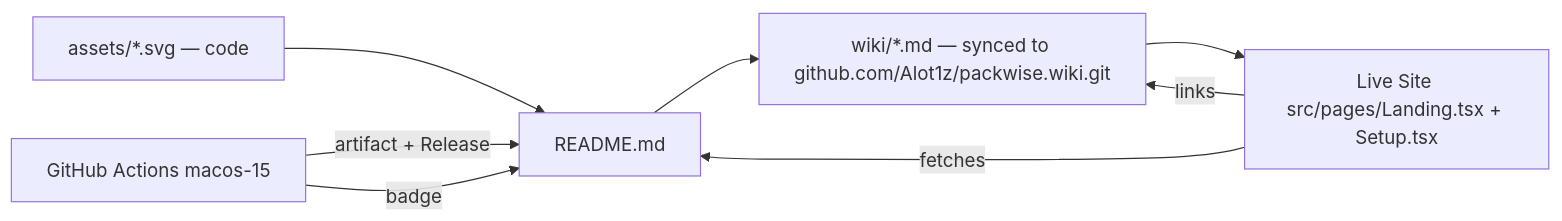
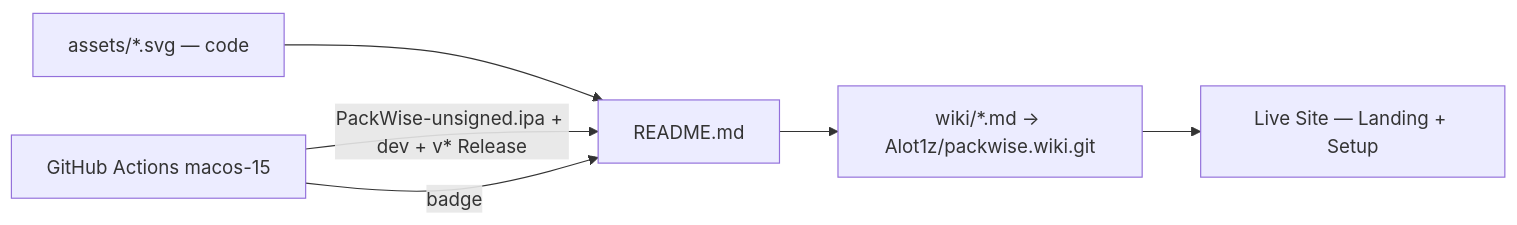
One commit to Alot1z/packwise changed the first of 2 diagrams in README.md. Above: the diagram before and after it, drawn with Mermaid. The commit also changed other lines of this file and 16 other files, not shown here.

````diff
--- a/README.md
+++ b/README.md
@@ -35,10 +54,8 @@
 ```mermaid
 flowchart LR
     A[assets/*.svg — code] --> R[README.md]
-    R --> W[wiki/*.md — synced to github.com/Alot1z/packwise.wiki.git]
-    W --> S[Live Site src/pages/Landing.tsx + Setup.tsx]
-    S -->|fetches| R
-    S -->|links| W
-    G[GitHub Actions macos-15] -->|artifact + Release| R
+    R --> W[wiki/*.md → Alot1z/packwise.wiki.git]
+    W --> S[Live Site — Landing + Setup]
+    G[GitHub Actions macos-15] -->|PackWise-unsigned.ipa + dev + v* Release| R
     G -->|badge| R
 ```
````
